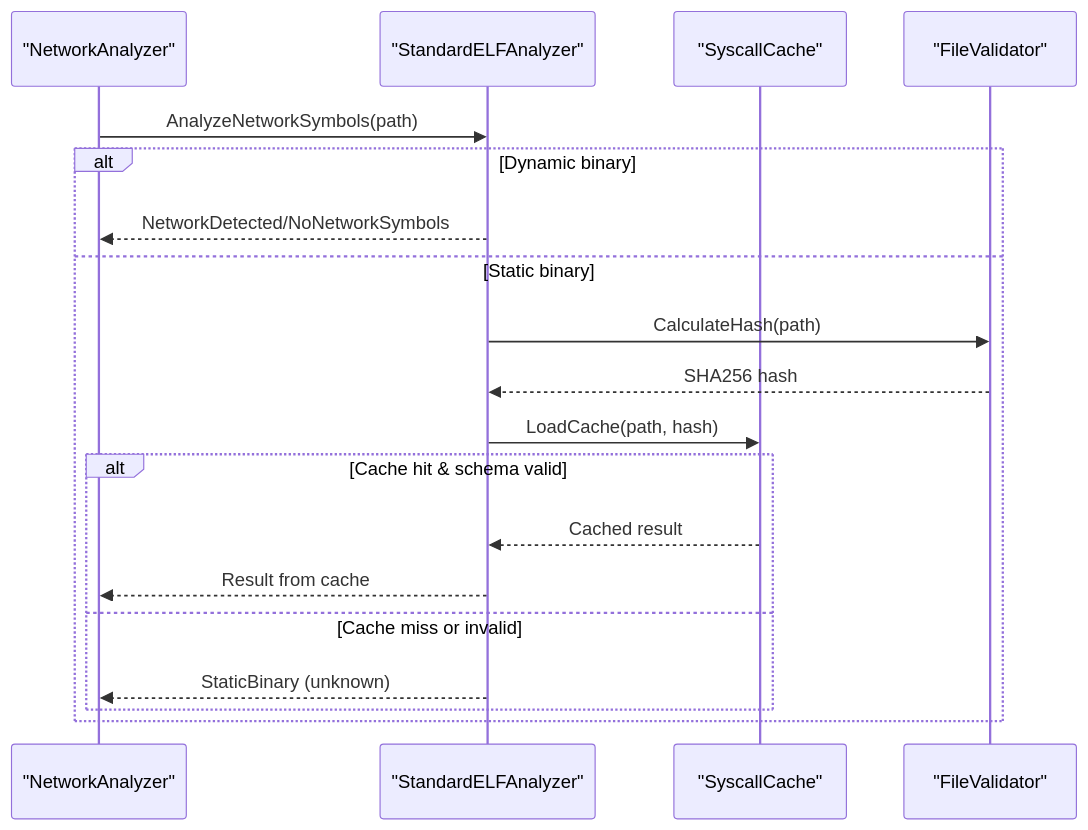
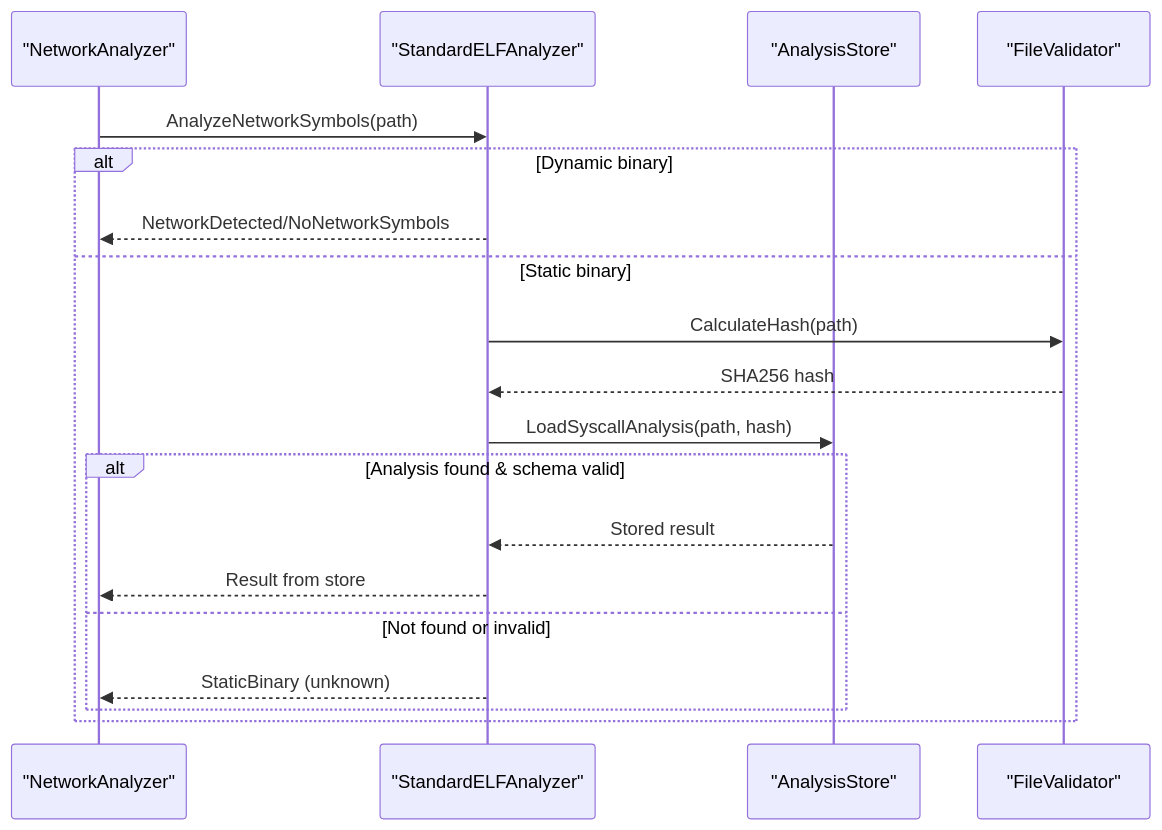
Before and after one commit to isseis/go-safe-cmd-runner: the sixth of 18 diagrams in docs/tasks/0070_elf_syscall_analysis/02_architecture.md, drawn with Mermaid. The commit also changed other lines of this file and 2 other files, not shown here.

First line of the commit message:
docs: rename integrated cache to file-analysis store

````diff
--- a/docs/tasks/0070_elf_syscall_analysis/02_architecture.md
+++ b/docs/tasks/0070_elf_syscall_analysis/02_architecture.md
@@ -211,24 +208,24 @@
 ```mermaid
 sequenceDiagram
     participant NA as "NetworkAnalyzer"
     participant EA as "StandardELFAnalyzer"
-    participant SC as "SyscallCache"
+    participant AS as "AnalysisStore"
     participant FV as "FileValidator"
 
     NA->>EA: AnalyzeNetworkSymbols(path)
 
     alt Dynamic binary
         EA-->>NA: NetworkDetected/NoNetworkSymbols
     else Static binary
         EA->>FV: CalculateHash(path)
         FV-->>EA: SHA256 hash
-        EA->>SC: LoadCache(path, hash)
+        EA->>AS: LoadSyscallAnalysis(path, hash)
 
-        alt Cache hit & schema valid
-            SC-->>EA: Cached result
-            EA-->>NA: Result from cache
-        else Cache miss or invalid
+        alt Analysis found & schema valid
+            AS-->>EA: Stored result
+            EA-->>NA: Result from store
+        else Not found or invalid
             EA-->>NA: StaticBinary (unknown)
         end
     end
 ```
````
